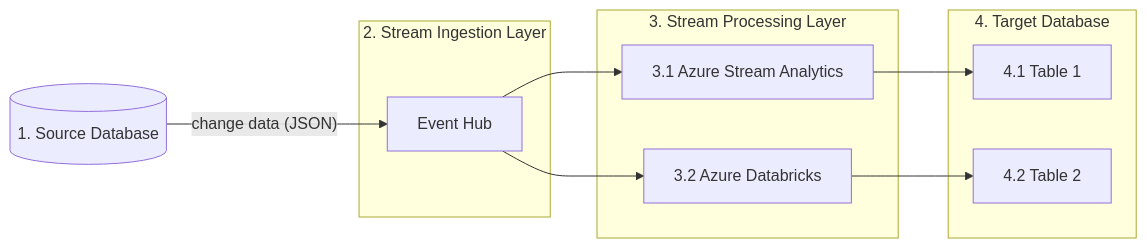
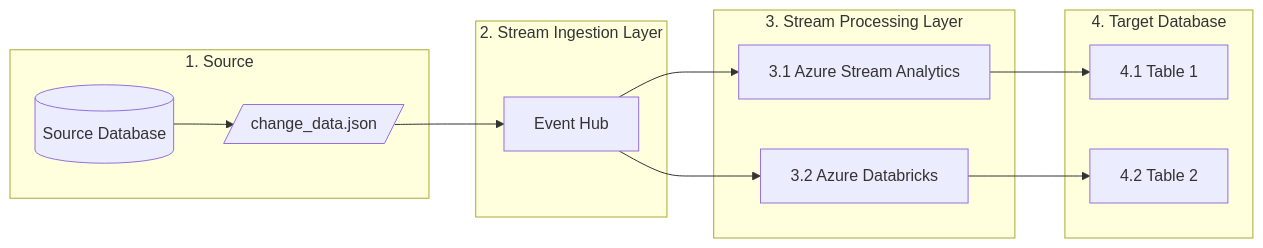
Before and after one commit to matthewtatsch/azure-streaming-cdc-poc: the diagram in README.md, drawn with Mermaid.

Commit message:
update scenario diagram

````diff
--- a/README.md
+++ b/README.md
@@ -7,19 +7,23 @@
 ```mermaid
 flowchart LR
-    srcDB[(1. Source Database)]
+    subgraph 1. Source
+        srcDB[(Source Database)]
+        cdc[/change_data.json/]
+    end
     subgraph 2. Stream Ingestion Layer
         eh[Event Hub]
     end
     subgraph 3. Stream Processing Layer
         asa[3.1 Azure Stream Analytics]
         adb[3.2 Azure Databricks]
     end
     subgraph 4. Target Database
         asaTable[4.1 Table 1]
         adbTable[4.2 Table 2]
     end
-    srcDB --"change data (JSON)"--> eh
+    srcDB --> cdc
+    cdc --> eh
     eh --> asa & adb
     asa --> asaTable
     adb --> adbTable
 ```
````
